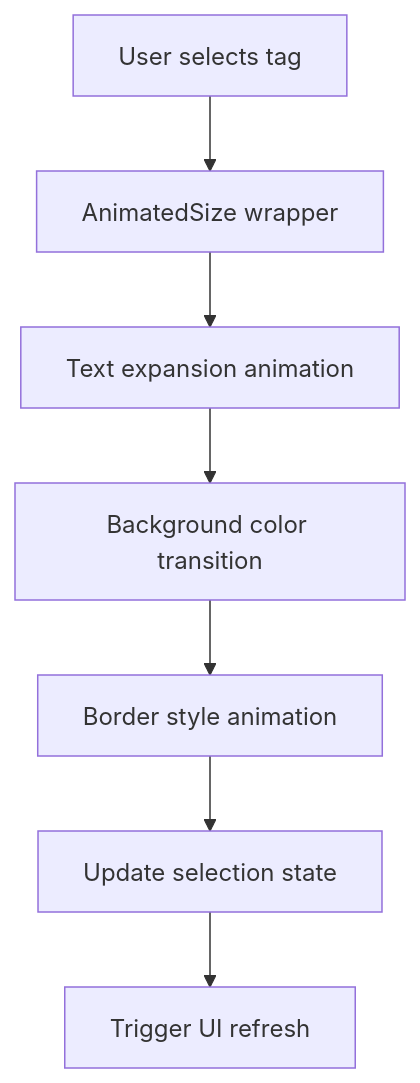
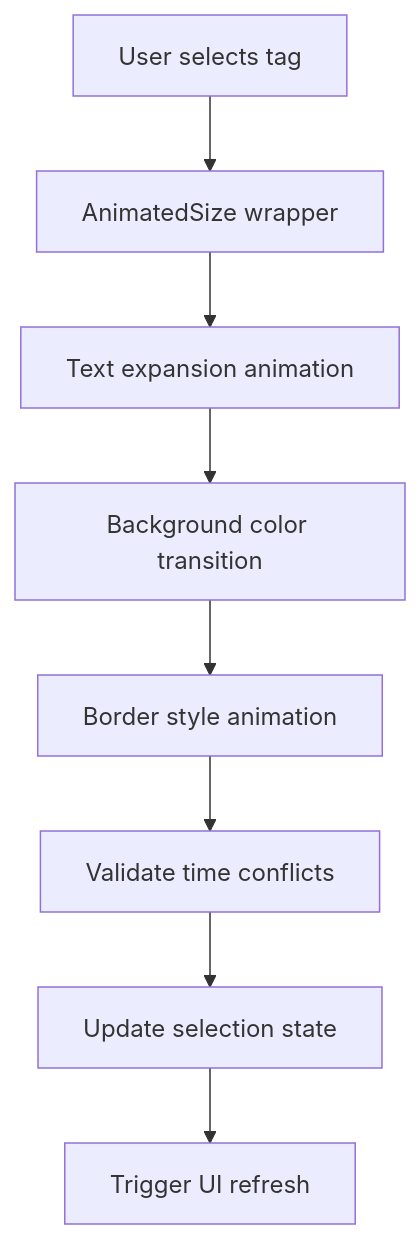
One commit to favoroo/QNote changed the eighth of 9 diagrams in .qoder/repowiki/en/content/Core Features/Diary Management.md. Above: the diagram before and after it, drawn with Mermaid. The commit also changed other lines of this file and 68 other files, not shown here.

````diff
--- a/.qoder/repowiki/en/content/Core Features/Diary Management.md
+++ b/.qoder/repowiki/en/content/Core Features/Diary Management.md
@@ -316,9 +433,10 @@
 ```mermaid
 flowchart TD
 TagSelect["User selects tag"] --> AnimatedSize["AnimatedSize wrapper"]
 AnimatedSize --> TextExpand["Text expansion animation"]
 TextExpand --> ColorTransition["Background color transition"]
 ColorTransition --> BorderAnimation["Border style animation"]
-BorderAnimation --> StateUpdate["Update selection state"]
+BorderAnimation --> TimeValidation["Validate time conflicts"]
+TimeValidation --> StateUpdate["Update selection state"]
 StateUpdate --> UIRefresh["Trigger UI refresh"]
 ```
````
